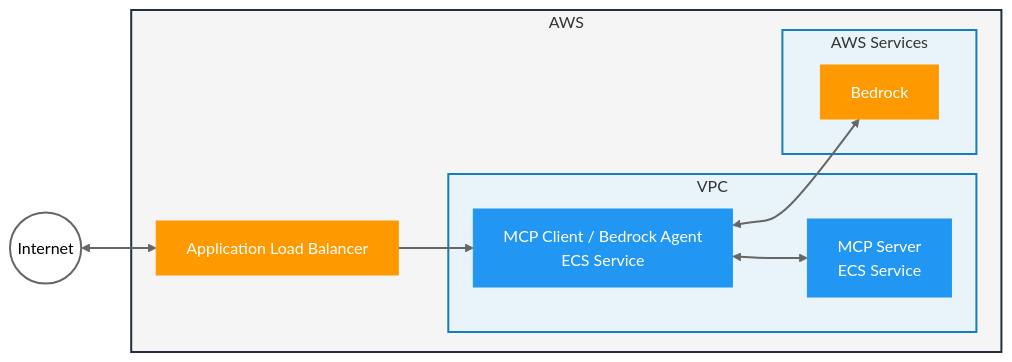
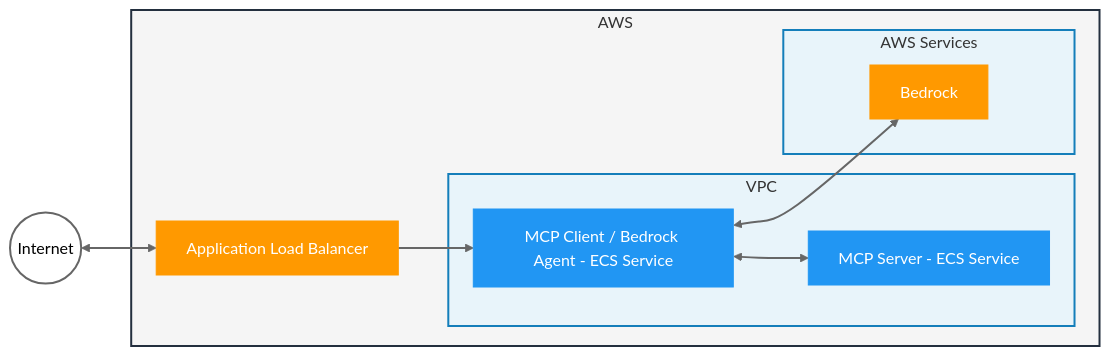
The diagram in README.md (jamesward/mcp-agent-spring-ai), drawn with Mermaid (neutral theme) before and after one commit.

````diff
--- a/README.md
+++ b/README.md
@@ -5,37 +5,37 @@
 ```mermaid
 flowchart LR
     subgraph aws[AWS]
         alb[Application Load Balancer]
         
         subgraph vpc[VPC]
-            server[MCP Server\nECS Service]
-            client[MCP Client / Bedrock Agent\nECS Service]
+            server[MCP Server - ECS Service]
+            client[MCP Client / Bedrock Agent - ECS Service]
         end
         
         subgraph services[AWS Services]
             bedrock[Bedrock]
         end
     end
     
     internet((Internet))
     
     %% Connections
     internet <--> alb
     alb --> client
     client <--> bedrock
     client <--> server
 
     %% Styling
     style aws fill:#f5f5f5,stroke:#232F3E,stroke-width:2px
     style vpc fill:#E8F4FA,stroke:#147EBA,stroke-width:2px
     style services fill:#E8F4FA,stroke:#147EBA,stroke-width:2px
 
     style alb fill:#FF9900,color:#fff,stroke:#FF9900
     style server fill:#2196f3,color:#fff,stroke:#2196f3
     style client fill:#2196f3,color:#fff,stroke:#2196f3
     style bedrock fill:#FF9900,color:#fff,stroke:#FF9900
     style internet fill:#fff,stroke:#666,stroke-width:2px
 
     %% Link styling
     linkStyle default stroke:#666,stroke-width:2px
 ```
````
